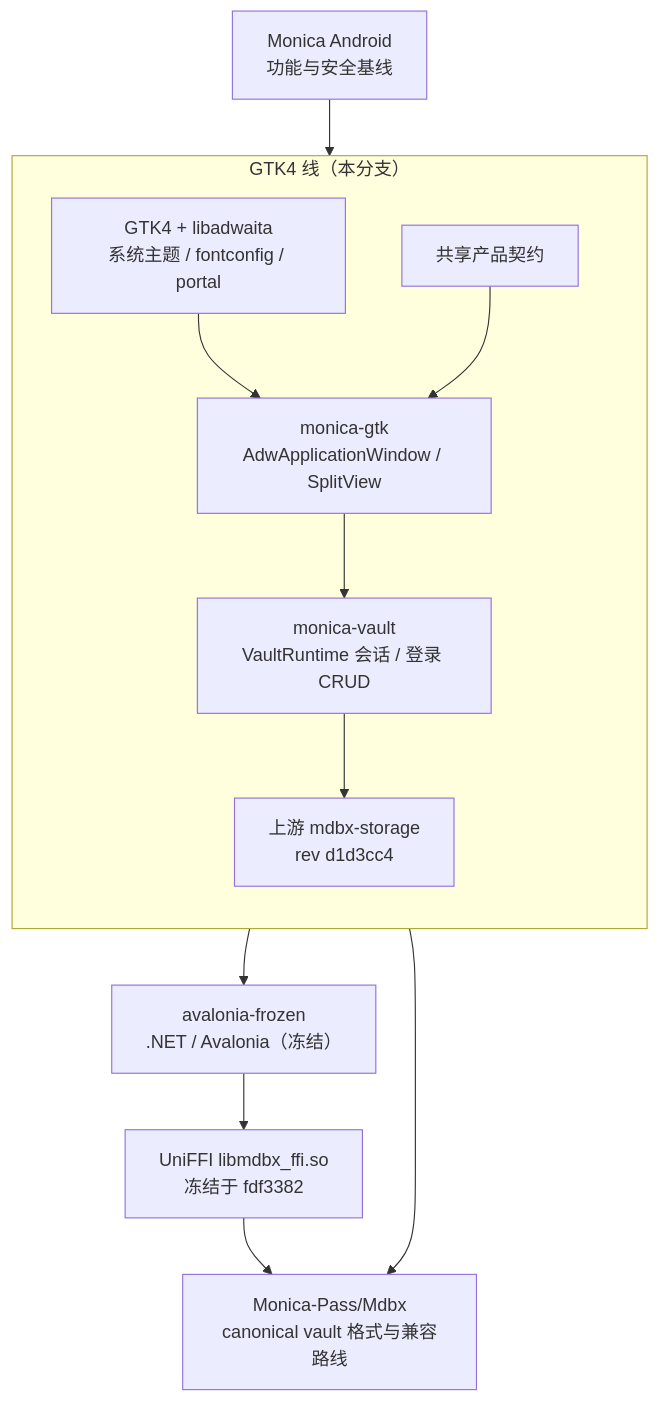
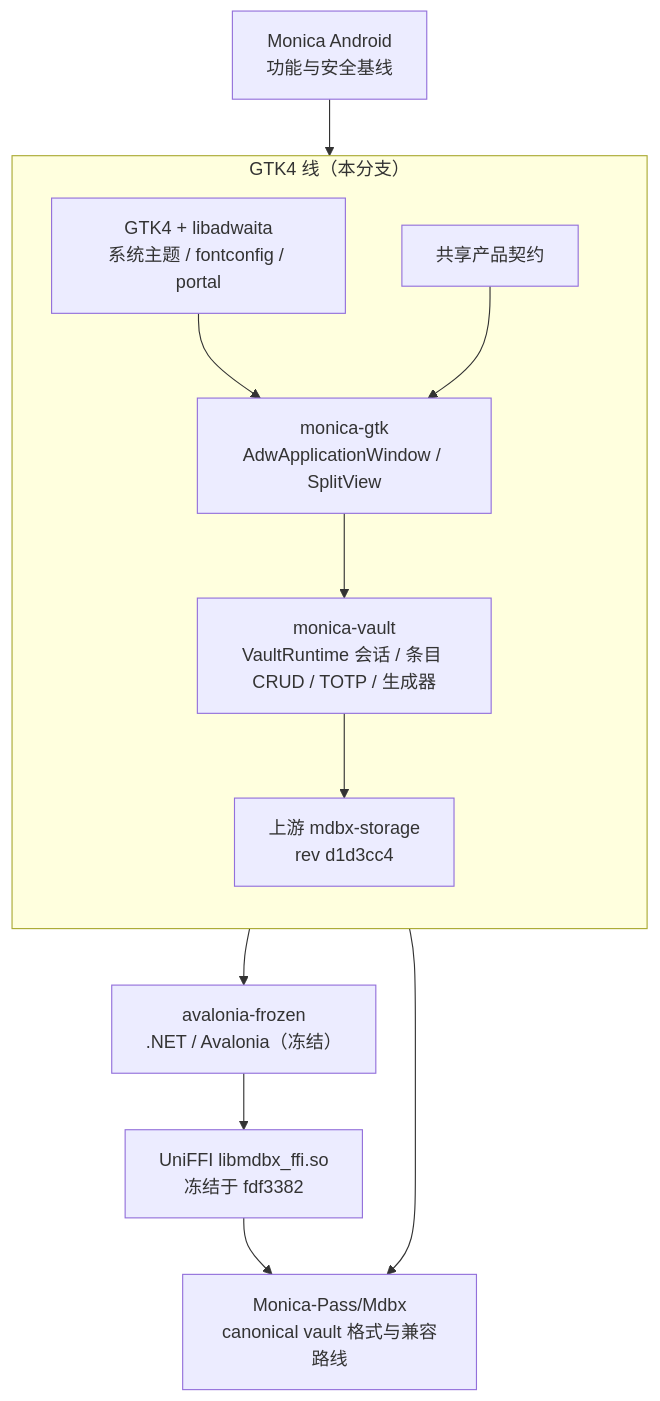
Before and after one commit to 6078HITHEDAY/Monica-by-Linux: the diagram in README.md, drawn with Mermaid. The commit also changed other lines of this file and 31 other files, not shown here.

First line of the commit message:
feat(gtk): Phase 2 generator, notes, wallet, TOTP, timeline, recycle, archive

````diff
--- a/README.md
+++ b/README.md
@@ -103,18 +103,18 @@
 ```mermaid
 flowchart TB
     Android["Monica Android\n功能与安全基线"] --> Contract["共享产品契约"]
     MdbxUp["Monica-Pass/Mdbx\ncanonical vault 格式与兼容路线"]
 
     subgraph Gtk["GTK4 线（本分支）"]
         direction TB
         Adw["GTK4 + libadwaita\n系统主题 / fontconfig / portal"] --> GtkApp["monica-gtk\nAdwApplicationWindow / SplitView"]
         Contract --> GtkApp
-        GtkApp --> VaultCrate["monica-vault\nVaultRuntime 会话 / 登录 CRUD"]
+        GtkApp --> VaultCrate["monica-vault\nVaultRuntime 会话 / 条目 CRUD / TOTP / 生成器"]
         VaultCrate --> Storage["上游 mdbx-storage\nrev d1d3cc4"]
     end
 
     Frozen["avalonia-frozen\n.NET / Avalonia（冻结）"] --> UniFfi["UniFFI libmdbx_ffi.so\n冻结于 fdf3382"]
     Contract --> Frozen
     UniFfi --> MdbxUp
     Storage --> MdbxUp
 ```
````
